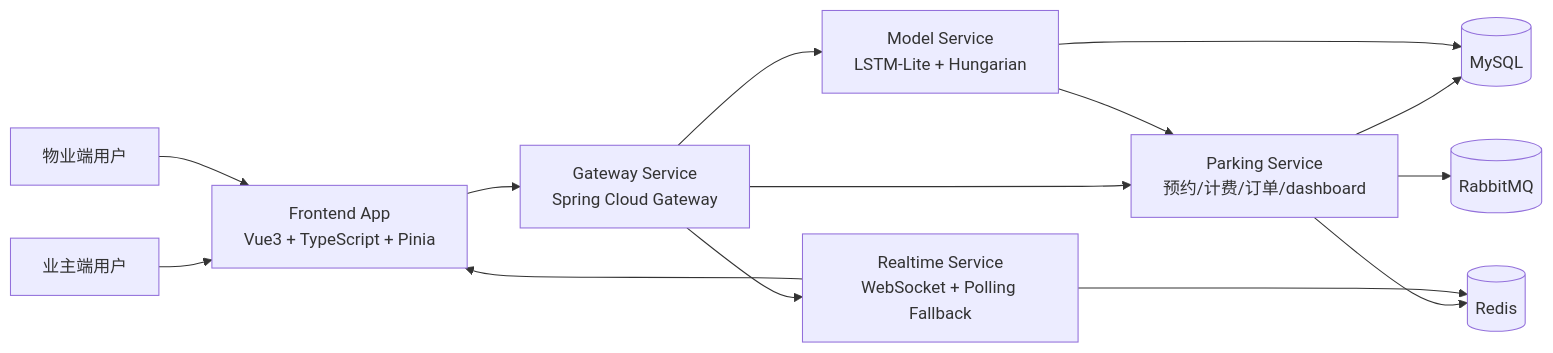
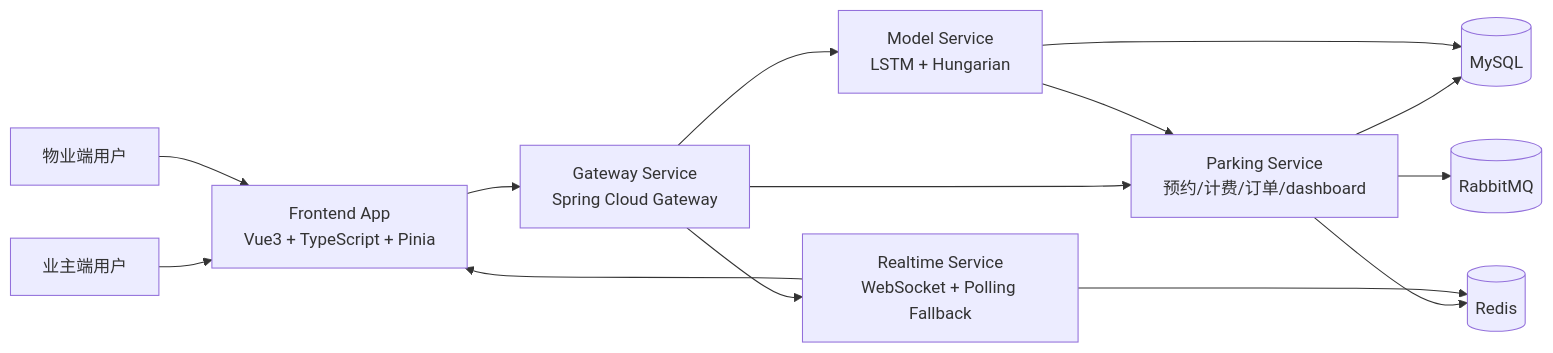
The first of 7 diagrams in docs/thesis-docs/thesis-draft.md (2696437448-cmyk/smart-parking-system), drawn with Mermaid before and after one commit. The commit also changed other lines of this file and 12 other files, not shown here.

````diff
--- a/docs/thesis-docs/thesis-draft.md
+++ b/docs/thesis-docs/thesis-draft.md
@@ -224,27 +258,27 @@
 ```mermaid
 flowchart LR
     U1[业主端用户]
     U2[物业端用户]
     FE[Frontend App\nVue3 + TypeScript + Pinia]
     GW[Gateway Service\nSpring Cloud Gateway]
     PS[Parking Service\n预约/计费/订单/dashboard]
-    MS[Model Service\nLSTM-Lite + Hungarian]
+    MS[Model Service\nLSTM + Hungarian]
     RT[Realtime Service\nWebSocket + Polling Fallback]
     DB[(MySQL)]
     RD[(Redis)]
     MQ[(RabbitMQ)]
 
     U1 --> FE
     U2 --> FE
     FE --> GW
     GW --> PS
     GW --> MS
     GW --> RT
     PS --> DB
     PS --> RD
     PS --> MQ
     MS --> DB
     RT --> RD
     RT --> FE
     MS --> PS
 ```
````
